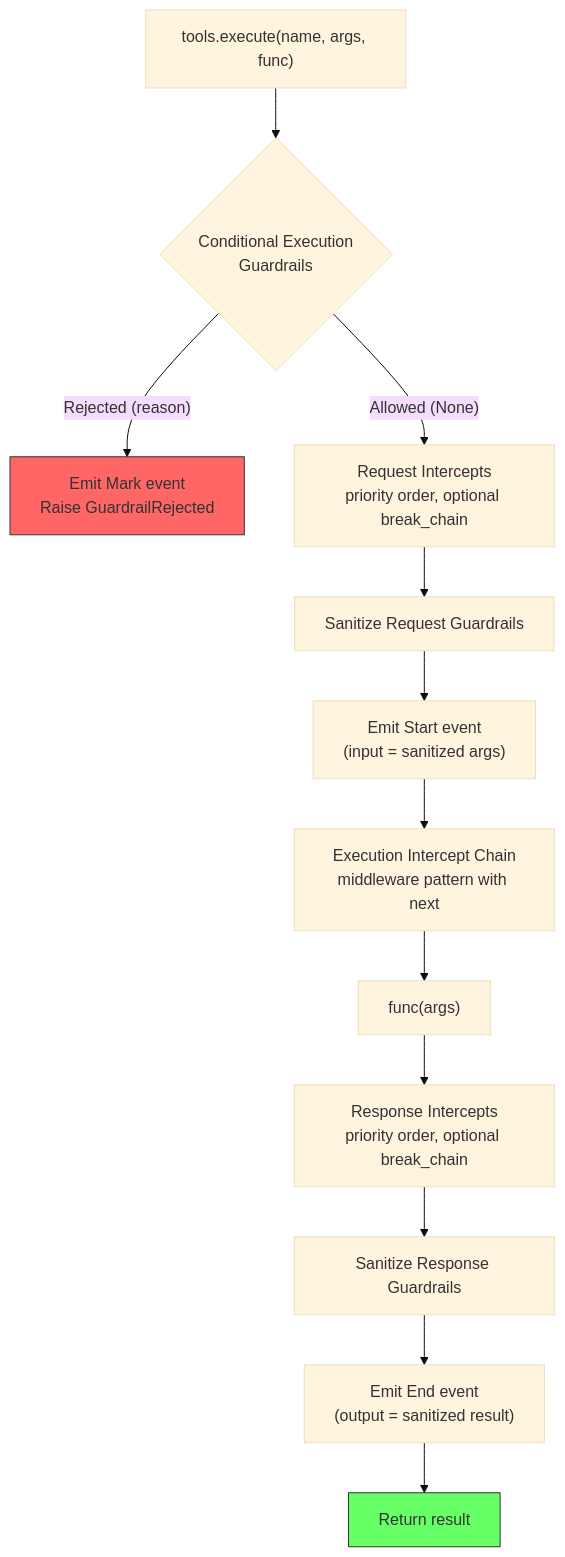
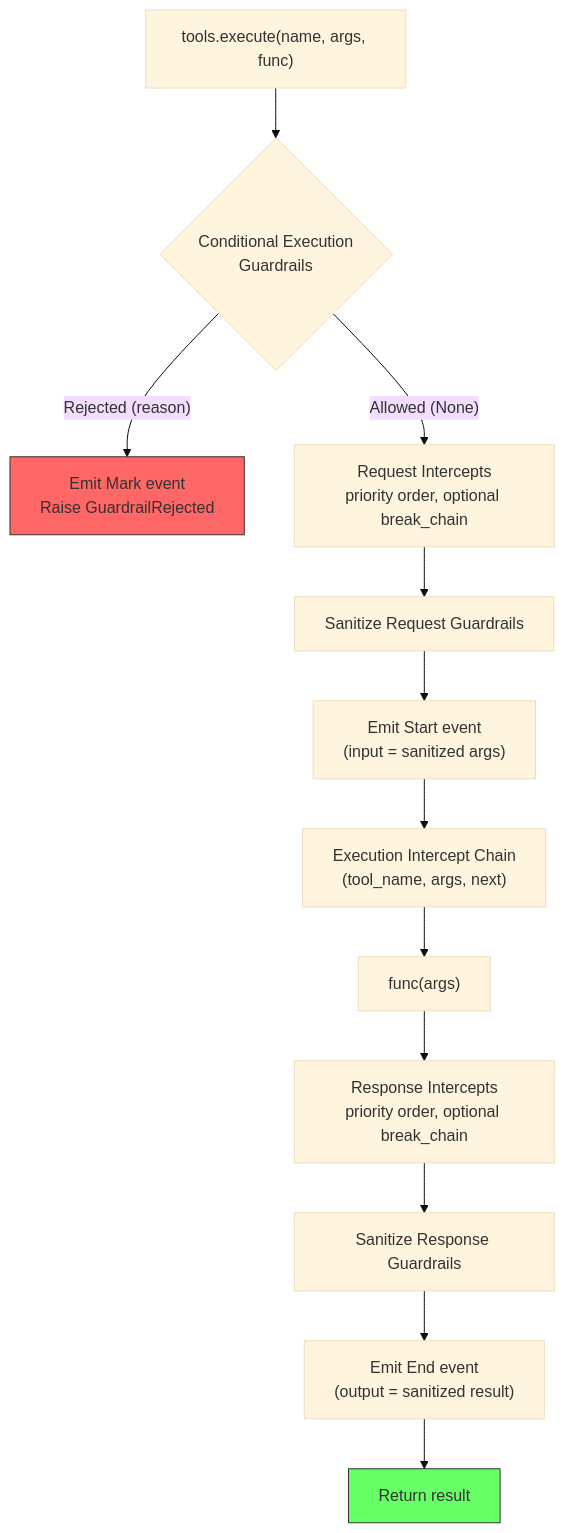
Before and after one commit to NVIDIA/NeMo-Relay: the first of 3 diagrams in docs/middleware-pipeline.md, drawn with Mermaid (base theme). The commit also changed other lines of this file and 35 other files, not shown here.

````diff
--- a/docs/middleware-pipeline.md
+++ b/docs/middleware-pipeline.md
@@ -14,17 +14,17 @@
 ```mermaid
 flowchart TD
     A["tools.execute(name, args, func)"] --> B{Conditional Execution<br/>Guardrails}
     B -->|"Rejected (reason)"| C["Emit Mark event<br/>Raise GuardrailRejected"]
     B -->|"Allowed (None)"| D[Request Intercepts<br/>priority order, optional break_chain]
     D --> E[Sanitize Request Guardrails]
     E --> F["Emit Start event<br/>(input = sanitized args)"]
-    F --> G[Execution Intercept Chain<br/>middleware pattern with next]
+    F --> G["Execution Intercept Chain<br/>(tool_name, args, next)"]
     G --> H["func(args)"]
     H --> I[Response Intercepts<br/>priority order, optional break_chain]
     I --> J[Sanitize Response Guardrails]
     J --> K["Emit End event<br/>(output = sanitized result)"]
     K --> L[Return result]
 
     style C fill:#f66,stroke:#333
     style L fill:#6f6,stroke:#333
 ```
````
